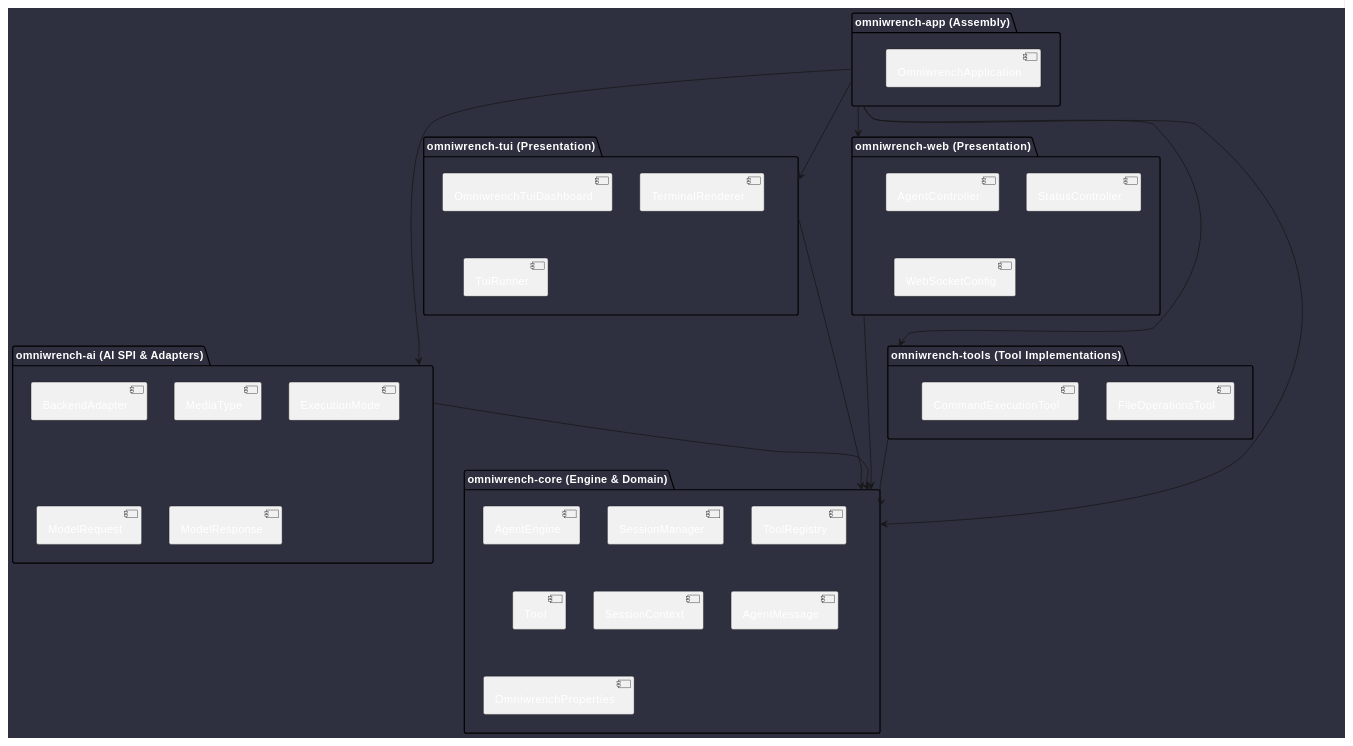
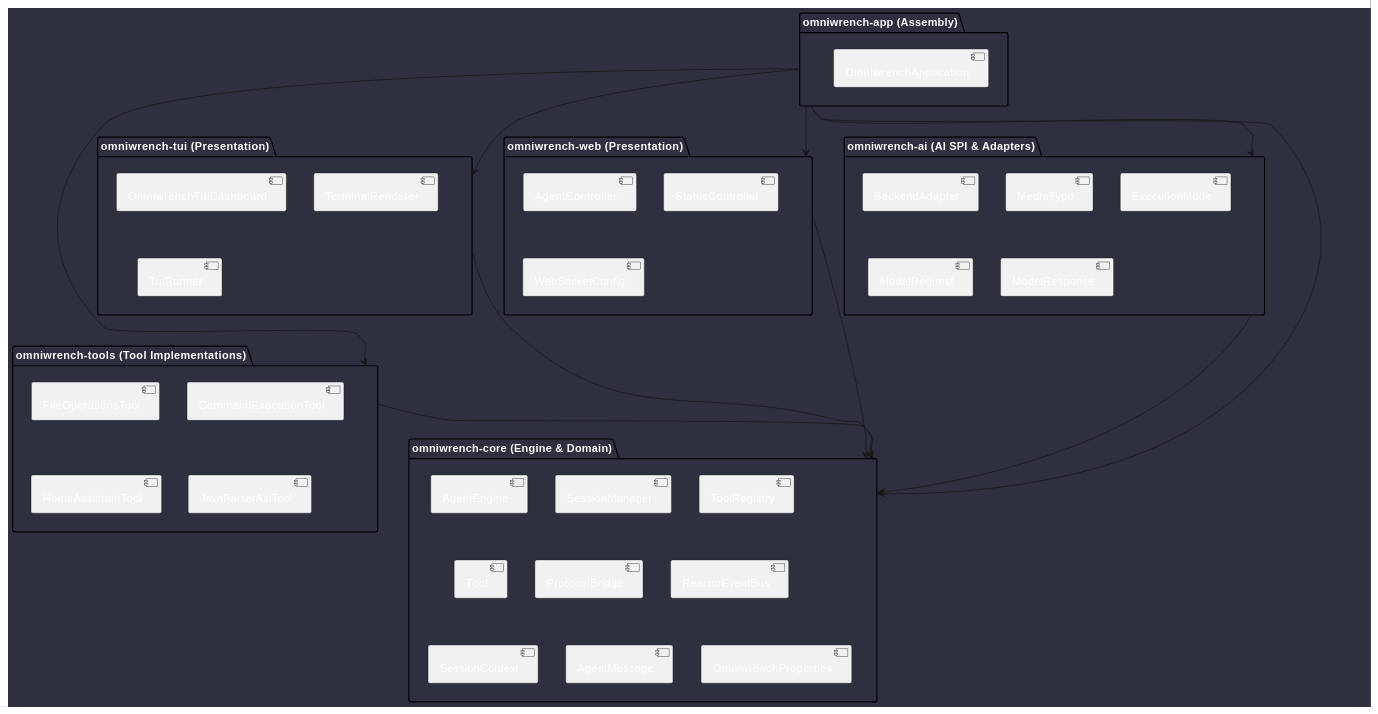
One commit to mlecabellec/omniwrench changed the diagram in doc/docs/architecture/dependencies.md. Above: the diagram before and after it, drawn with PlantUML. The commit also changed 12 other files, not shown here.

````diff
--- a/doc/docs/architecture/dependencies.md
+++ b/doc/docs/architecture/dependencies.md
@@ -5,57 +5,61 @@
 ```plantuml
 @startuml
 skinparam backgroundColor #2e303f
 skinparam defaultFontColor #ffffff
 skinparam componentStyle uml2
 
 package "omniwrench-app (Assembly)" as MOD_APP {
   [OmniwrenchApplication] as APP_MAIN
 }
 
 package "omniwrench-tui (Presentation)" as MOD_TUI {
   [OmniwrenchTuiDashboard] as TUI_DASH
   [TerminalRenderer] as TUI_REND
   [TuiRunner] as TUI_RUN
 }
 
 package "omniwrench-web (Presentation)" as MOD_WEB {
   [AgentController] as REST_CTRL
   [StatusController] as STAT_CTRL
   [WebSocketConfig] as WS_CFG
 }
 
 package "omniwrench-ai (AI SPI & Adapters)" as MOD_AI {
   [BackendAdapter] as AI_SPI
   [MediaType] as AI_MEDIA
   [ExecutionMode] as AI_MODE
   [ModelRequest] as AI_REQ
   [ModelResponse] as AI_RESP
 }
 
 package "omniwrench-tools (Tool Implementations)" as MOD_TOOLS {
   [FileOperationsTool] as FILE_TOOL
   [CommandExecutionTool] as CMD_TOOL
+  [HomeAssistantTool] as HA_TOOL
+  [JavaParserAstTool] as AST_TOOL
 }
 
 package "omniwrench-core (Engine & Domain)" as MOD_CORE {
   [AgentEngine] as ENGINE
   [SessionManager] as SESS_MGR
   [ToolRegistry] as TOOL_REG
   [Tool] as TOOL_SPI
+  [ProtocolBridge] as PROTO_SPI
+  [ReactorEventBus] as EVENT_BUS
   [SessionContext] as SESS_CTX
   [AgentMessage] as MSG_MODEL
   [OmniwrenchProperties] as PROPS
 }
 
 MOD_APP --> MOD_CORE
 MOD_APP --> MOD_TOOLS
 MOD_APP --> MOD_AI
 MOD_APP --> MOD_TUI
 MOD_APP --> MOD_WEB
 
 MOD_TUI --> MOD_CORE
 MOD_WEB --> MOD_CORE
 MOD_TOOLS --> MOD_CORE
 MOD_AI --> MOD_CORE
 @enduml
 ```
````
